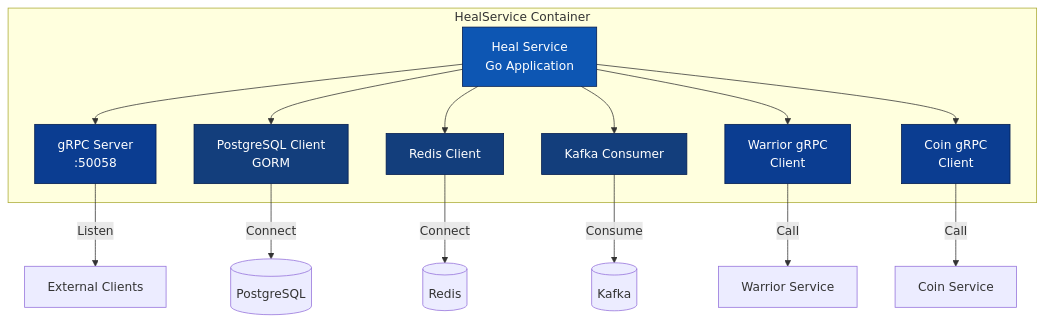
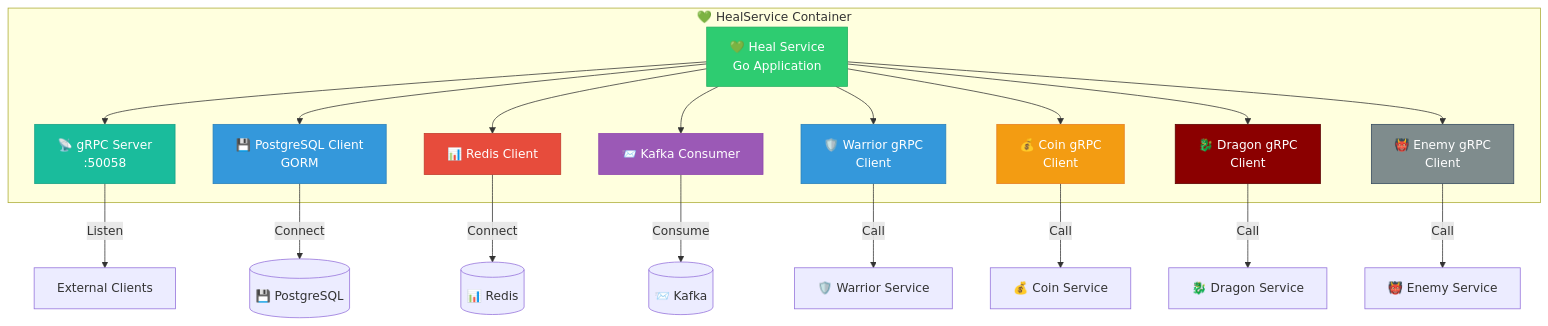
Before and after one commit to tiraten-bot/network-sec-micro: diagram 33 of 36 in README.md, drawn with Mermaid. The commit also changed other lines of this file, not shown here.

Commit message:
Enhance README.md with emoji annotations for the HealService container architecture and healing flows, improving visual clarity and engagement. Updated service participant names and flow diagrams to include relevant icons, and added new sections for Dragon and Enemy healing processes.

````diff
--- a/README.md
+++ b/README.md
@@ -1792,34 +1792,42 @@
 ```mermaid
 graph TB
-    subgraph "HealService Container"
-        APP[Heal Service<br/>Go Application]
-        GRPC[gRPC Server<br/>:50058]
-        DB[PostgreSQL Client<br/>GORM]
-        REDIS[Redis Client]
-        KAFKA[Kafka Consumer]
-        GRPCW[Warrior gRPC<br/>Client]
-        GRPCC[Coin gRPC<br/>Client]
+    subgraph "💚 HealService Container"
+        APP[💚 Heal Service<br/>Go Application]
+        GRPC[📡 gRPC Server<br/>:50058]
+        DB[💾 PostgreSQL Client<br/>GORM]
+        REDIS[📊 Redis Client]
+        KAFKA[📨 Kafka Consumer]
+        GRPCW[🛡️ Warrior gRPC<br/>Client]
+        GRPCC[💰 Coin gRPC<br/>Client]
+        GRPCD[🐉 Dragon gRPC<br/>Client]
+        GRPCE[👹 Enemy gRPC<br/>Client]
     end
     
     APP --> GRPC
     APP --> DB
     APP --> REDIS
     APP --> KAFKA
     APP --> GRPCW
     APP --> GRPCC
+    APP --> GRPCD
+    APP --> GRPCE
     
     GRPC -->|Listen| EXTERNAL[External Clients]
-    DB -->|Connect| PG[(PostgreSQL)]
-    REDIS -->|Connect| RD[(Redis)]
-    KAFKA -->|Consume| KF[(Kafka)]
-    GRPCW -->|Call| W[Warrior Service]
-    GRPCC -->|Call| C[Coin Service]
+    DB -->|Connect| PG[(💾 PostgreSQL)]
+    REDIS -->|Connect| RD[(📊 Redis)]
+    KAFKA -->|Consume| KF[(📨 Kafka)]
+    GRPCW -->|Call| W[🛡️ Warrior Service]
+    GRPCC -->|Call| C[💰 Coin Service]
+    GRPCD -->|Call| D[🐉 Dragon Service]
+    GRPCE -->|Call| E[👹 Enemy Service]
     
-    style APP fill:#0d56b3,stroke:#001a4d,color:#ffffff
-    style GRPC fill:#0b3d91,stroke:#001a4d,color:#ffffff
-    style DB fill:#133e7c,stroke:#001a4d,color:#ffffff
-    style REDIS fill:#133e7c,stroke:#001a4d,color:#ffffff
-    style KAFKA fill:#133e7c,stroke:#001a4d,color:#ffffff
-    style GRPCW fill:#0b3d91,stroke:#001a4d,color:#ffffff
-    style GRPCC fill:#0b3d91,stroke:#001a4d,color:#ffffff
+    style APP fill:#2ecc71,stroke:#27ae60,color:#ffffff
+    style GRPC fill:#1abc9c,stroke:#16a085,color:#ffffff
+    style DB fill:#3498db,stroke:#2980b9,color:#ffffff
+    style REDIS fill:#e74c3c,stroke:#c0392b,color:#ffffff
+    style KAFKA fill:#9b59b6,stroke:#8e44ad,color:#ffffff
+    style GRPCW fill:#3498db,stroke:#2980b9,color:#ffffff
+    style GRPCC fill:#f39c12,stroke:#e67e22,color:#ffffff
+    style GRPCD fill:#8b0000,stroke:#5a0000,color:#ffffff
+    style GRPCE fill:#7f8c8d,stroke:#34495e,color:#ffffff
 ```
````
